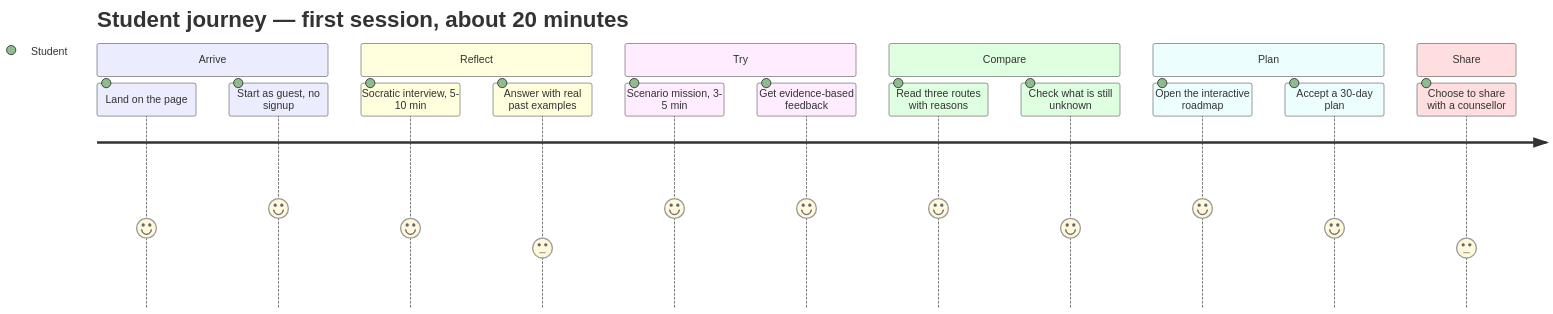
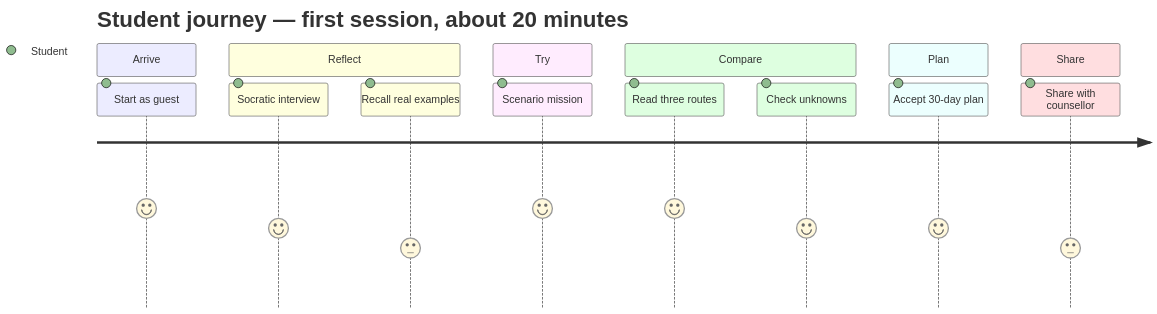
The first of 2 diagrams in docs/03-user-experience.md (winxtxrgit/futureme-ai), drawn with Mermaid before and after one commit. The commit also changed 3 other files, not shown here.

First line of the commit message:
fix: restructure wide Mermaid diagrams for readability

````diff
--- a/docs/03-user-experience.md
+++ b/docs/03-user-experience.md
@@ -73,21 +73,18 @@
 ```mermaid
 journey
     title Student journey — first session, about 20 minutes
     section Arrive
-      Land on the page: 4: Student
-      Start as guest, no signup: 5: Student
+      Start as guest: 5: Student
     section Reflect
-      Socratic interview, 5-10 min: 4: Student
-      Answer with real past examples: 3: Student
+      Socratic interview: 4: Student
+      Recall real examples: 3: Student
     section Try
-      Scenario mission, 3-5 min: 5: Student
-      Get evidence-based feedback: 5: Student
+      Scenario mission: 5: Student
     section Compare
-      Read three routes with reasons: 5: Student
-      Check what is still unknown: 4: Student
+      Read three routes: 5: Student
+      Check unknowns: 4: Student
     section Plan
-      Open the interactive roadmap: 5: Student
-      Accept a 30-day plan: 4: Student
+      Accept 30-day plan: 4: Student
     section Share
-      Choose to share with a counsellor: 3: Student
+      Share with counsellor: 3: Student
 ```
````
